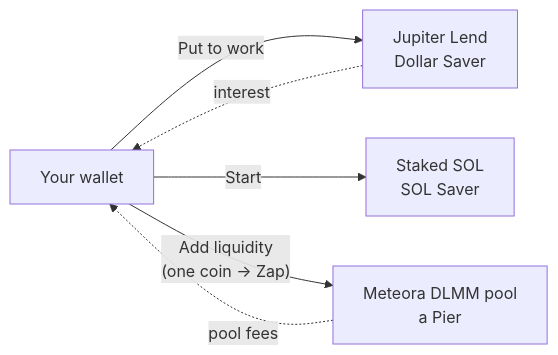
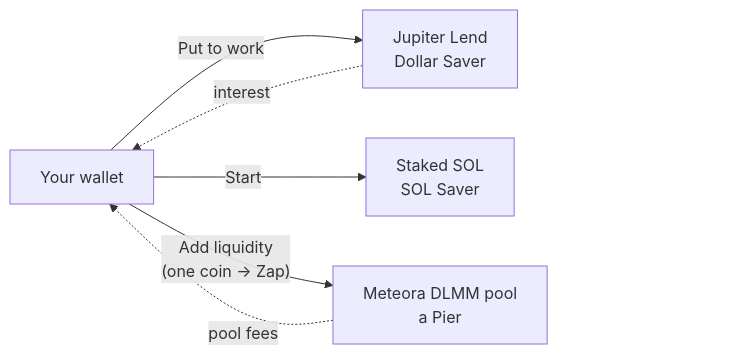
Before and after one commit to ryntra-io/ryntra-solana: the ninth of 14 diagrams in LEARN.md, drawn with Mermaid. The commit also changed other lines of this file and 1717 other files, not shown here.

````diff
--- a/LEARN.md
+++ b/LEARN.md
@@ -416,8 +439,11 @@
 ```mermaid
 flowchart LR
   W["Your wallet"] -->|Put to work| L["Jupiter Lend<br/>Dollar Saver"]
   W -->|Start| S["Staked SOL<br/>SOL Saver"]
   W -->|"Add liquidity<br/>(one coin → Zap)"| P["Meteora DLMM pool<br/>a Pier"]
   L -. interest .-> W
   P -. "pool fees" .-> W
+  %% An empty block: GitHub draws its pan and zoom buttons over a diagram's bottom right corner.
+  P ~~~ room["#8195;#8195;#8195;#8195;"]
+  style room fill:none,stroke:none
 ```
````
